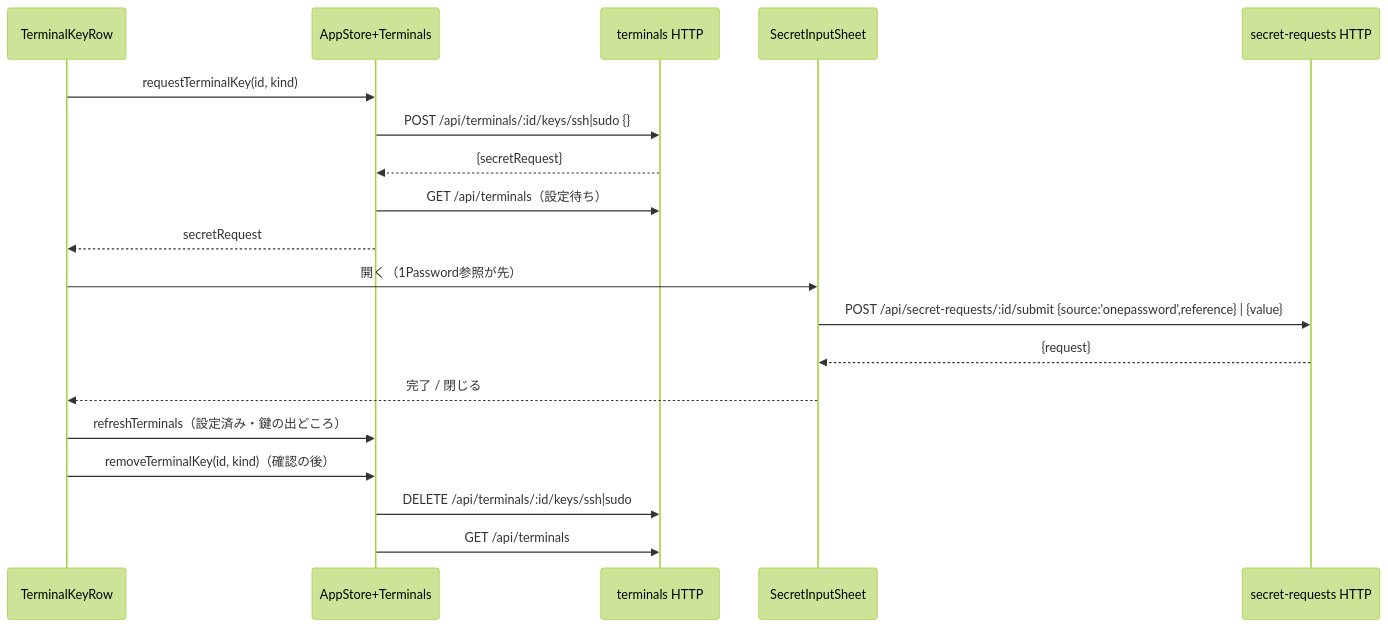
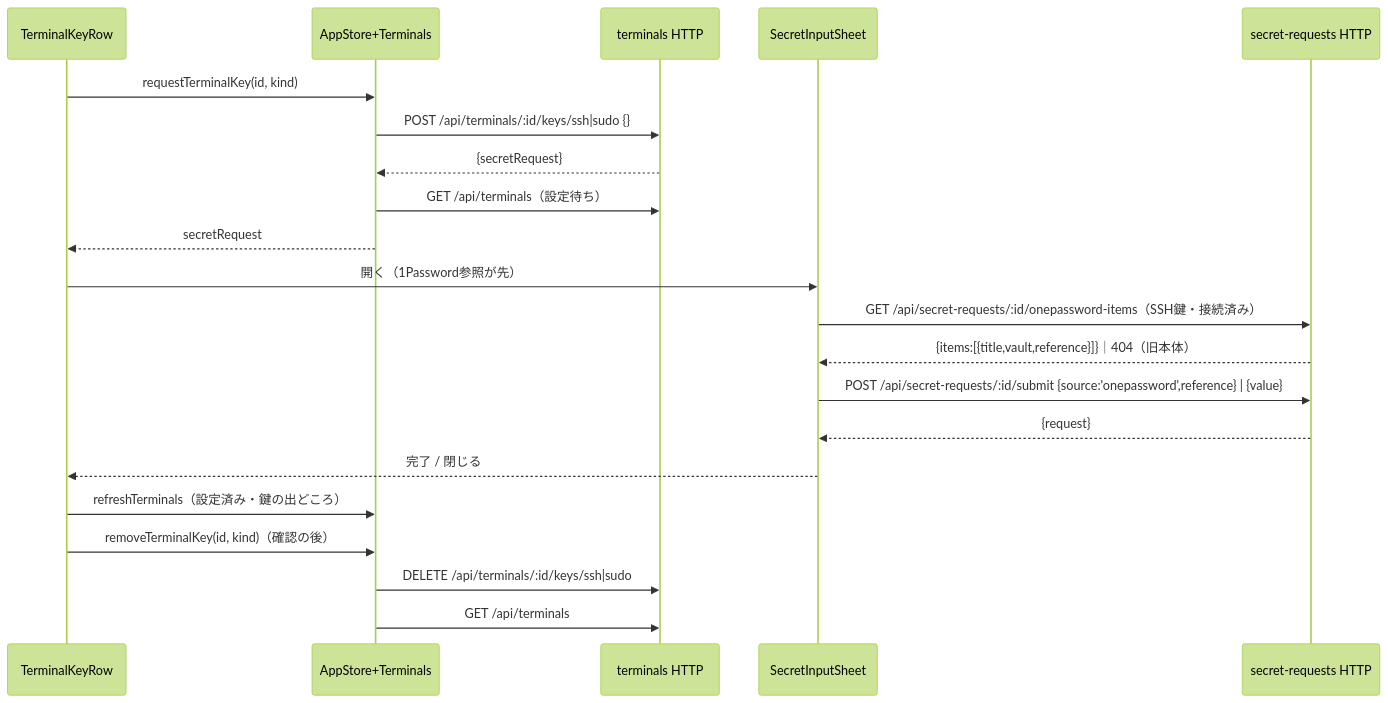
Before and after one commit to kitepon/BellTeam: the second of 3 diagrams in docs/architecture/modules/apple/terminals.md, drawn with Mermaid (forest theme). The commit also changed other lines of this file and 12 other files, not shown here.

````diff
--- a/docs/architecture/modules/apple/terminals.md
+++ b/docs/architecture/modules/apple/terminals.md
@@ -58,21 +59,23 @@
 ```mermaid
 sequenceDiagram
   participant Row as TerminalKeyRow
   participant Store as AppStore+Terminals
   participant T as terminals HTTP
   participant Card as SecretInputSheet
   participant S as secret-requests HTTP
   Row->>Store: requestTerminalKey(id, kind)
   Store->>T: POST /api/terminals/:id/keys/ssh|sudo {}
   T-->>Store: {secretRequest}
   Store->>T: GET /api/terminals（設定待ち）
   Store-->>Row: secretRequest
   Row->>Card: 開く（1Password参照が先）
+  Card->>S: GET /api/secret-requests/:id/onepassword-items（SSH鍵・接続済み）
+  S-->>Card: {items:[{title,vault,reference}]}｜404（旧本体）
   Card->>S: POST /api/secret-requests/:id/submit {source:'onepassword',reference} | {value}
   S-->>Card: {request}
   Card-->>Row: 完了 / 閉じる
   Row->>Store: refreshTerminals（設定済み・鍵の出どころ）
   Row->>Store: removeTerminalKey(id, kind)（確認の後）
   Store->>T: DELETE /api/terminals/:id/keys/ssh|sudo
   Store->>T: GET /api/terminals
 ```
````
